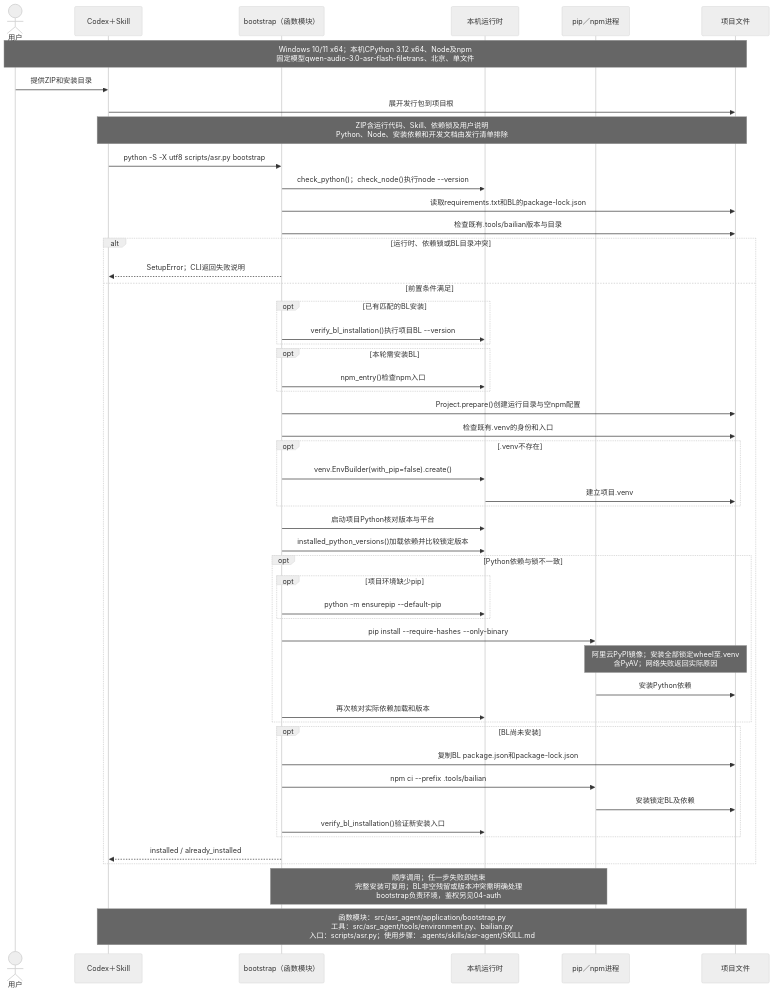
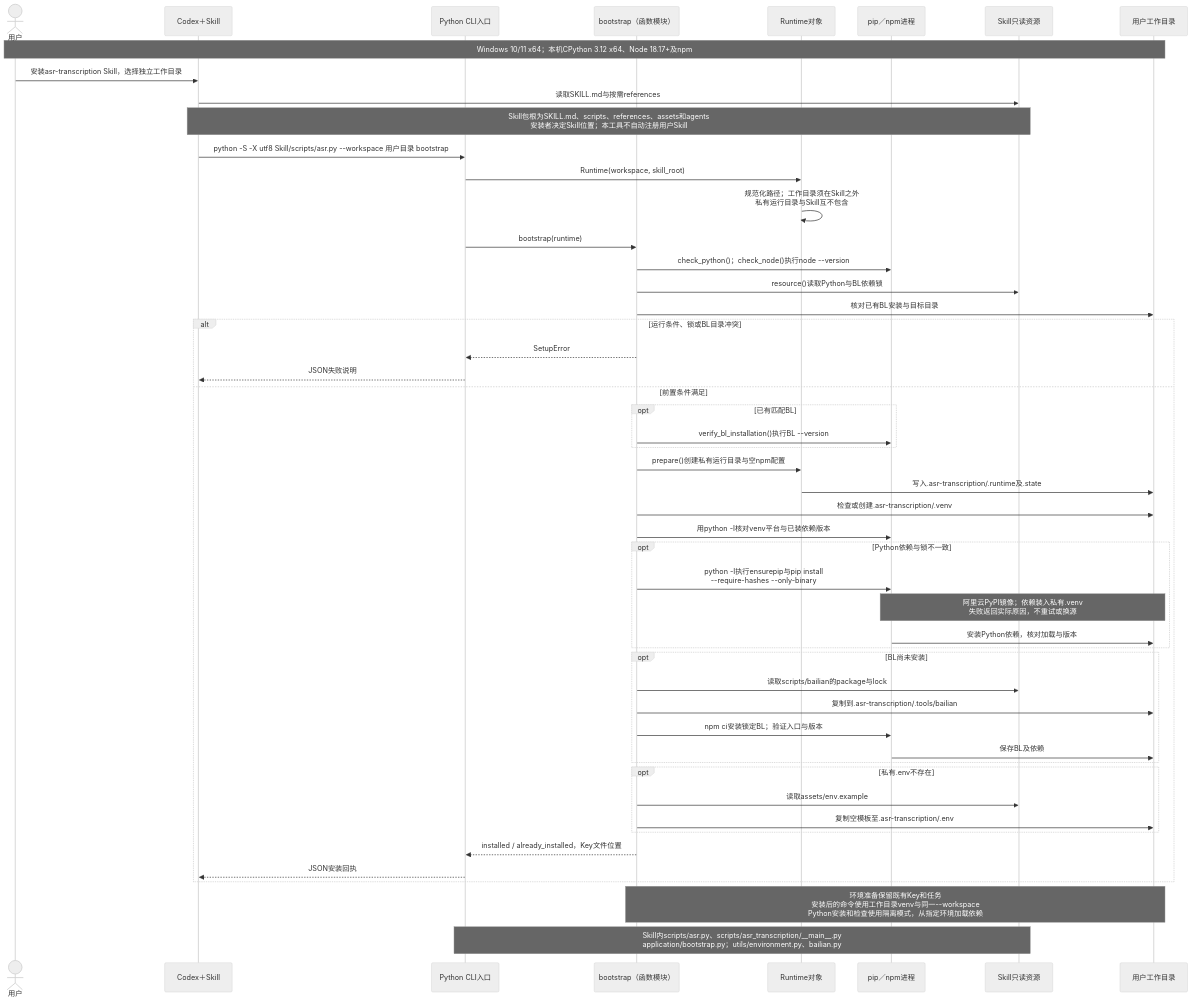
One commit to hx101700/asr-agent changed the diagram in doc/uml/02-install.mmd. Above: the diagram before and after it, drawn with Mermaid (neutral theme). The commit also changed 131 other files, not shown here.

Commit message:
refactor: deliver transcription skill with explicit write boundaries

```diff
--- a/doc/uml/02-install.mmd
+++ b/doc/uml/02-install.mmd
@@ -1,51 +1,51 @@
 sequenceDiagram
 actor U as 用户
 participant C as Codex＋Skill
+participant E as Python CLI入口
 participant B as bootstrap（函数模块）
-participant R as 本机运行时
+participant R as Runtime对象
 participant M as pip／npm进程
-participant F as 项目文件
-Note over U,F: Windows 10/11 x64；本机CPython 3.12 x64、Node及npm<br/>固定模型qwen-audio-3.0-asr-flash-filetrans、北京、单文件
-U->>C: 提供ZIP和安装目录
-C->>F: 展开发行包到项目根
-Note over C,F: ZIP含运行代码、Skill、依赖锁及用户说明<br/>Python、Node、安装依赖和开发文档由发行清单排除
-C->>B: python -S -X utf8 scripts/asr.py bootstrap
-B->>R: check_python()；check_node()执行node --version
-B->>F: 读取requirements.txt和BL的package-lock.json
-B->>F: 检查既有.tools/bailian版本与目录
-alt 运行时、依赖锁或BL目录冲突
-    B-->>C: SetupError；CLI返回失败说明
+participant S as Skill只读资源
+participant F as 用户工作目录
+Note over U,F: Windows 10/11 x64；本机CPython 3.12 x64、Node 18.17+及npm
+U->>C: 安装asr-transcription Skill，选择独立工作目录
+C->>S: 读取SKILL.md与按需references
+Note over C,S: Skill包根为SKILL.md、scripts、references、assets和agents<br/>安装者决定Skill位置；本工具不自动注册用户Skill
+C->>E: python -S -X utf8 Skill/scripts/asr.py --workspace 用户目录 bootstrap
+E->>R: Runtime(workspace, skill_root)
+R->>R: 规范化路径；工作目录须在Skill之外<br/>私有运行目录与Skill互不包含
+E->>B: bootstrap(runtime)
+B->>M: check_python()；check_node()执行node --version
+B->>S: resource()读取Python与BL依赖锁
+B->>F: 核对已有BL安装与目标目录
+alt 运行条件、锁或BL目录冲突
+    B-->>E: SetupError
+    E-->>C: JSON失败说明
 else 前置条件满足
-    opt 已有匹配的BL安装
-        B->>R: verify_bl_installation()执行项目BL --version
+    opt 已有匹配BL
+        B->>M: verify_bl_installation()执行BL --version
     end
-    opt 本轮需安装BL
-        B->>R: npm_entry()检查npm入口
-    end
-    B->>F: Project.prepare()创建运行目录与空npm配置
-    B->>F: 检查既有.venv的身份和入口
-    opt .venv不存在
-        B->>R: venv.EnvBuilder(with_pip=false).create()
-        R->>F: 建立项目.venv
-    end
-    B->>R: 启动项目Python核对版本与平台
-    B->>R: installed_python_versions()加载依赖并比较锁定版本
+    B->>R: prepare()创建私有运行目录与空npm配置
+    R->>F: 写入.asr-transcription/.runtime及.state
+    B->>F: 检查或创建.asr-transcription/.venv
+    B->>M: 用python -I核对venv平台与已装依赖版本
     opt Python依赖与锁不一致
-        opt 项目环境缺少pip
-            B->>R: python -m ensurepip --default-pip
-        end
-        B->>M: pip install --require-hashes --only-binary
-        Note over M,F: 阿里云PyPI镜像；安装全部锁定wheel至.venv<br/>含PyAV；网络失败返回实际原因
-        M->>F: 安装Python依赖
-        B->>R: 再次核对实际依赖加载和版本
+        B->>M: python -I执行ensurepip与pip install<br/>--require-hashes --only-binary
+        Note over M,F: 阿里云PyPI镜像；依赖装入私有.venv<br/>失败返回实际原因，不重试或换源
+        M->>F: 安装Python依赖，核对加载与版本
     end
     opt BL尚未安装
-        B->>F: 复制BL package.json和package-lock.json
-        B->>M: npm ci --prefix .tools/bailian
-        M->>F: 安装锁定BL及依赖
-        B->>R: verify_bl_installation()验证新安装入口
+        B->>S: 读取scripts/bailian的package与lock
+        B->>F: 复制到.asr-transcription/.tools/bailian
+        B->>M: npm ci安装锁定BL；验证入口与版本
+        M->>F: 保存BL及依赖
     end
-    B-->>C: installed / already_installed
+    opt 私有.env不存在
+        B->>S: 读取assets/env.example
+        B->>F: 复制空模板至.asr-transcription/.env
+    end
+    B-->>E: installed / already_installed，Key文件位置
+    E-->>C: JSON安装回执
 end
-Note over B,M: 顺序调用；任一步失败即结束<br/>完整安装可复用；BL非空残留或版本冲突需明确处理<br/>bootstrap负责环境，鉴权另见04-auth
-Note over C,F: 函数模块：src/asr_agent/application/bootstrap.py<br/>工具：src/asr_agent/tools/environment.py、bailian.py<br/>入口：scripts/asr.py；使用步骤：.agents/skills/asr-agent/SKILL.md
+Note over B,F: 环境准备保留既有Key和任务<br/>安装后的命令使用工作目录venv与同一--workspace<br/>Python安装和检查使用隔离模式，从指定环境加载依赖
+Note over E,S: Skill内scripts/asr.py、scripts/asr_transcription/__main__.py<br/>application/bootstrap.py；utils/environment.py、bailian.py
```
